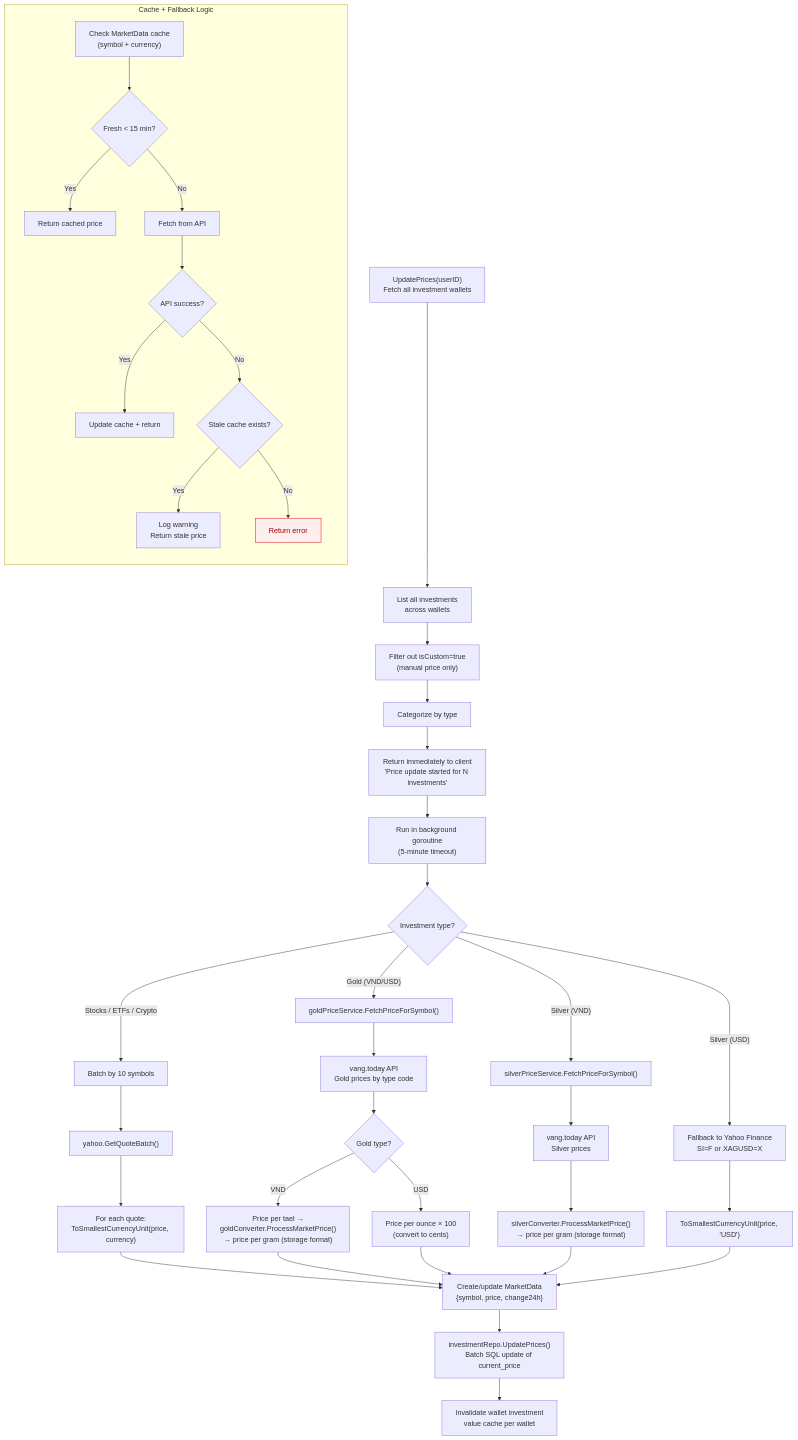
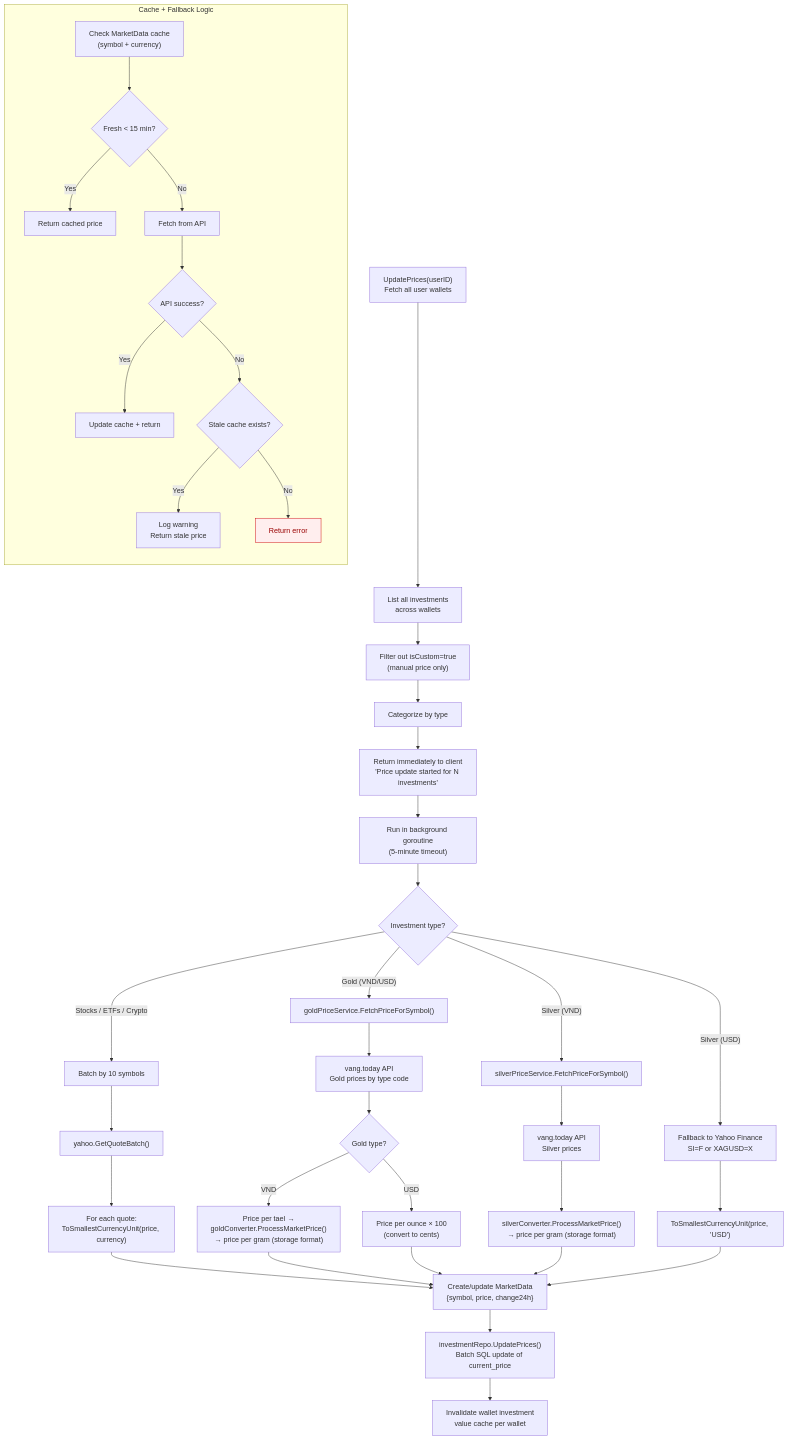
One commit to khanhnq1406/wealth-journey changed the fifth of 8 diagrams in docs/architecture/flow-investment.md. Above: the diagram before and after it, drawn with Mermaid. The commit also changed other lines of this file and 4 other files, not shown here.

First line of the commit message:
docs(architecture): update C4 and flow diagrams for investment-wallet decoupling

````diff
--- a/docs/architecture/flow-investment.md
+++ b/docs/architecture/flow-investment.md
@@ -367,49 +320,49 @@
 ```mermaid
 flowchart TD
-    A["UpdatePrices(userID)\nFetch all investment wallets"] --> B["List all investments\nacross wallets"]
+    A["UpdatePrices(userID)\nFetch all user wallets"] --> B["List all investments\nacross wallets"]
     B --> C["Filter out isCustom=true\n(manual price only)"]
     C --> D["Categorize by type"]
     D --> E["Return immediately to client\n'Price update started for N investments'"]
     E --> F["Run in background goroutine\n(5-minute timeout)"]
 
     F --> G{Investment type?}
 
     G -- "Stocks / ETFs / Crypto" --> H["Batch by 10 symbols"]
     H --> I["yahoo.GetQuoteBatch()"]
     I --> J["For each quote:\nToSmallestCurrencyUnit(price, currency)"]
     J --> K["Create/update MarketData\n{symbol, price, change24h}"]
 
     G -- "Gold (VND/USD)" --> L["goldPriceService.FetchPriceForSymbol()"]
     L --> M["vang.today API\nGold prices by type code"]
     M --> N{"Gold type?"}
     N -- "VND" --> O["Price per tael →\ngoldConverter.ProcessMarketPrice()\n→ price per gram (storage format)"]
     N -- "USD" --> P["Price per ounce × 100\n(convert to cents)"]
     O --> K
     P --> K
 
     G -- "Silver (VND)" --> Q["silverPriceService.FetchPriceForSymbol()"]
     Q --> R["vang.today API\nSilver prices"]
     R --> S["silverConverter.ProcessMarketPrice()\n→ price per gram (storage format)"]
     S --> K
 
     G -- "Silver (USD)" --> T["Fallback to Yahoo Finance\nSI=F or XAGUSD=X"]
     T --> U["ToSmallestCurrencyUnit(price, 'USD')"]
     U --> K
 
     K --> V["investmentRepo.UpdatePrices()\nBatch SQL update of current_price"]
     V --> W["Invalidate wallet investment\nvalue cache per wallet"]
 
     subgraph CacheFallback["Cache + Fallback Logic"]
         direction TB
         CF1["Check MarketData cache\n(symbol + currency)"] --> CF2{Fresh < 15 min?}
         CF2 -- Yes --> CF3["Return cached price"]
         CF2 -- No --> CF4["Fetch from API"]
         CF4 --> CF5{API success?}
         CF5 -- Yes --> CF6["Update cache + return"]
         CF5 -- No --> CF7{Stale cache exists?}
         CF7 -- Yes --> CF8["Log warning\nReturn stale price"]
         CF7 -- No --> CF9["Return error"]:::error
     end
 
     classDef error fill:#fee,stroke:#c00,color:#900
 ```
````
